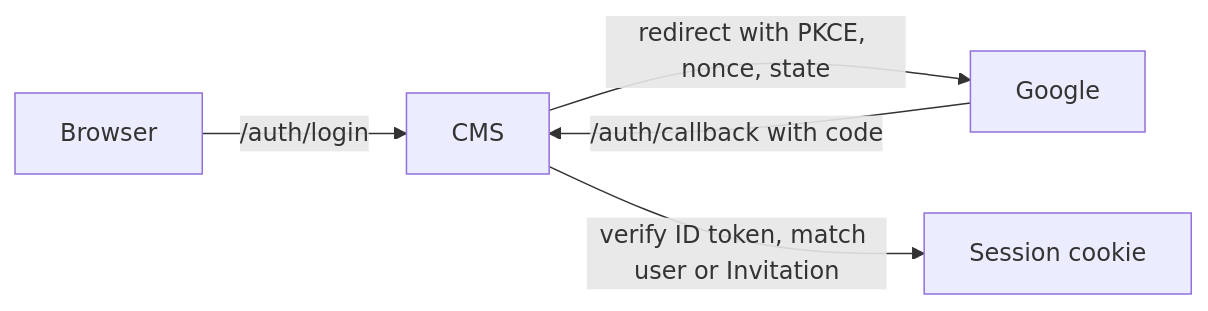
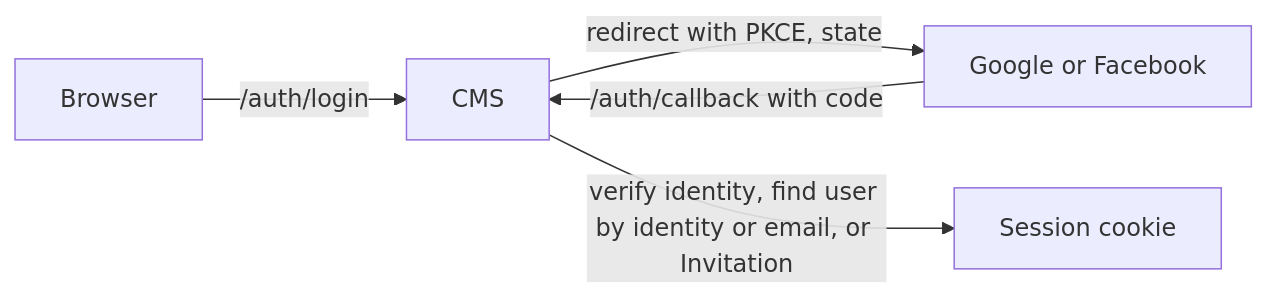
One commit to filip-be/folk-ms changed the diagram in docs/access/README.md. Above: the diagram before and after it, drawn with Mermaid. The commit also changed other lines of this file and 21 other files, not shown here.

First line of the commit message:
Sign in to the CMS with Facebook; match users by email

````diff
--- a/docs/access/README.md
+++ b/docs/access/README.md
@@ -11,7 +19,7 @@
 ```mermaid
 flowchart LR
   B[Browser] -->|/auth/login| C[CMS]
-  C -->|redirect with PKCE, nonce, state| G[Google]
+  C -->|redirect with PKCE, state| G[Google or Facebook]
   G -->|/auth/callback with code| C
-  C -->|verify ID token, match user or Invitation| S[Session cookie]
+  C -->|verify identity, find user by identity or email, or Invitation| S[Session cookie]
 ```
````
